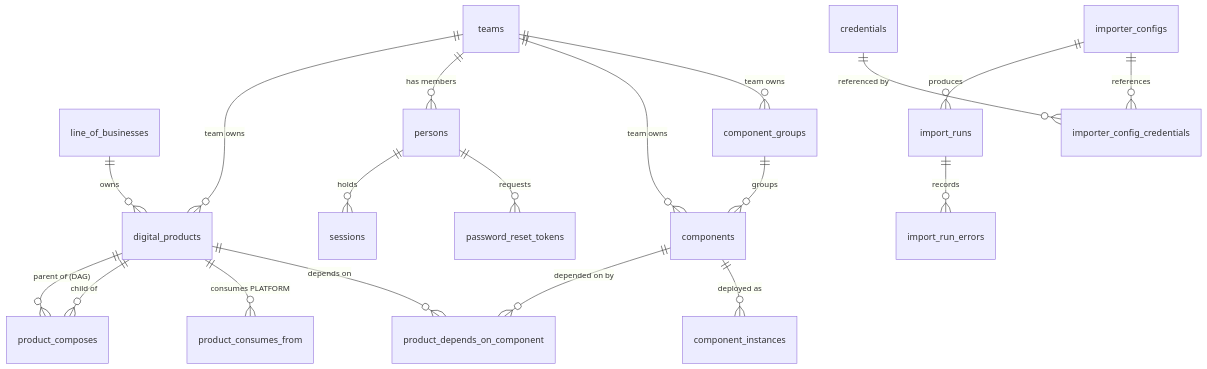
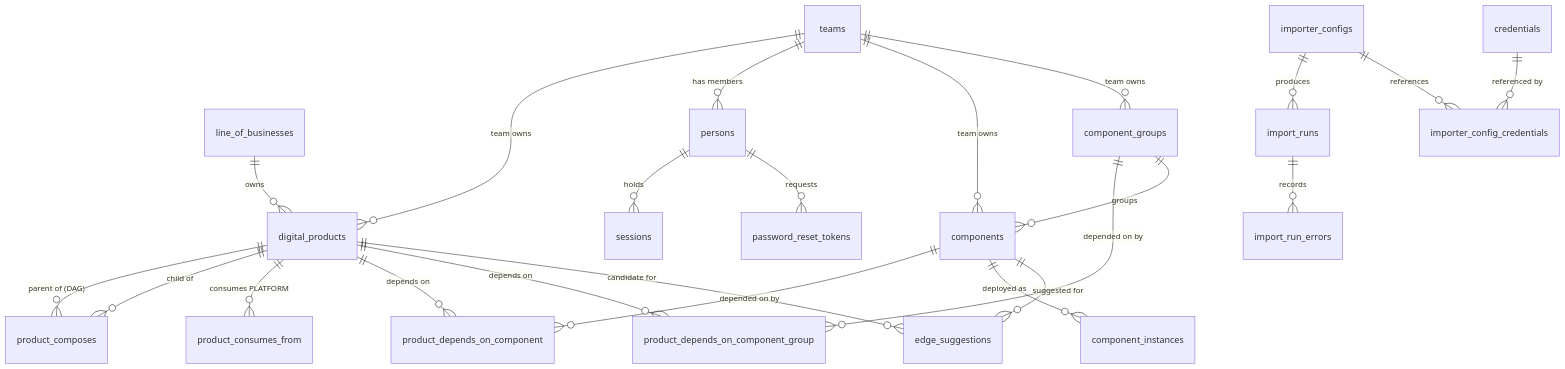
One commit to Componode/componode changed the sixth of 7 diagrams in docs/architecture.md. Above: the diagram before and after it, drawn with Mermaid. The commit also changed other lines of this file and 9 other files, not shown here.

````diff
--- a/docs/architecture.md
+++ b/docs/architecture.md
@@ -235,24 +235,29 @@
 ```mermaid
 erDiagram
     line_of_businesses ||--o{ digital_products : owns
     teams ||--o{ digital_products : "team owns"
     teams ||--o{ persons : "has members"
     persons ||--o{ sessions : "holds"
     persons ||--o{ password_reset_tokens : "requests"
 
     digital_products ||--o{ product_composes : "parent of (DAG)"
     digital_products ||--o{ product_composes : "child of"
     digital_products ||--o{ product_consumes_from : "consumes PLATFORM"
     digital_products ||--o{ product_depends_on_component : "depends on"
     components ||--o{ product_depends_on_component : "depended on by"
+    digital_products ||--o{ product_depends_on_component_group : "depends on"
+    component_groups ||--o{ product_depends_on_component_group : "depended on by"
 
     component_groups ||--o{ components : "groups"
     teams ||--o{ components : "team owns"
     teams ||--o{ component_groups : "team owns"
     components ||--o{ component_instances : "deployed as"
 
+    digital_products ||--o{ edge_suggestions : "candidate for"
+    components ||--o{ edge_suggestions : "suggested for"
+
     importer_configs ||--o{ import_runs : "produces"
     import_runs ||--o{ import_run_errors : "records"
     importer_configs ||--o{ importer_config_credentials : "references"
     credentials ||--o{ importer_config_credentials : "referenced by"
 ```
````
